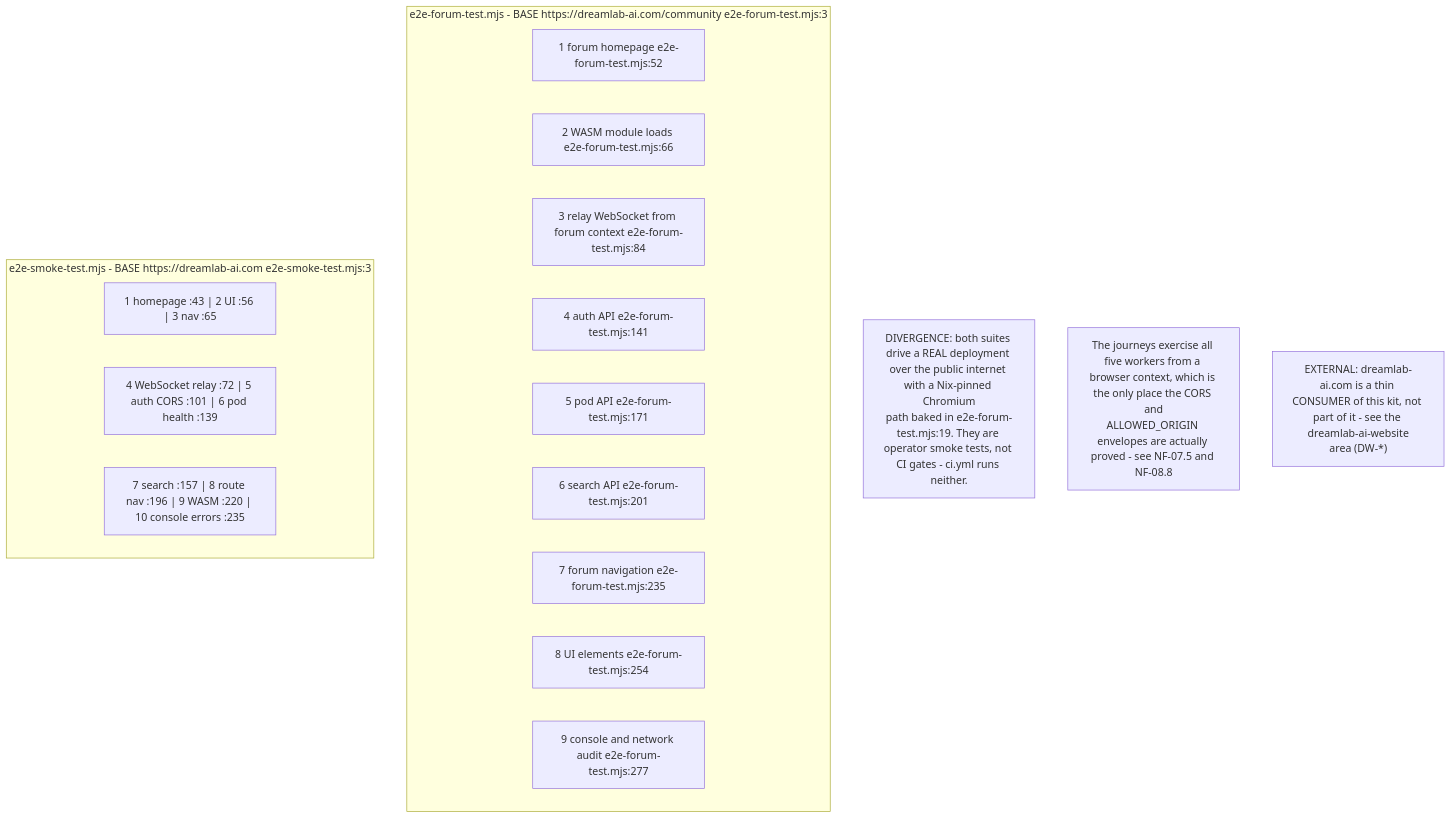
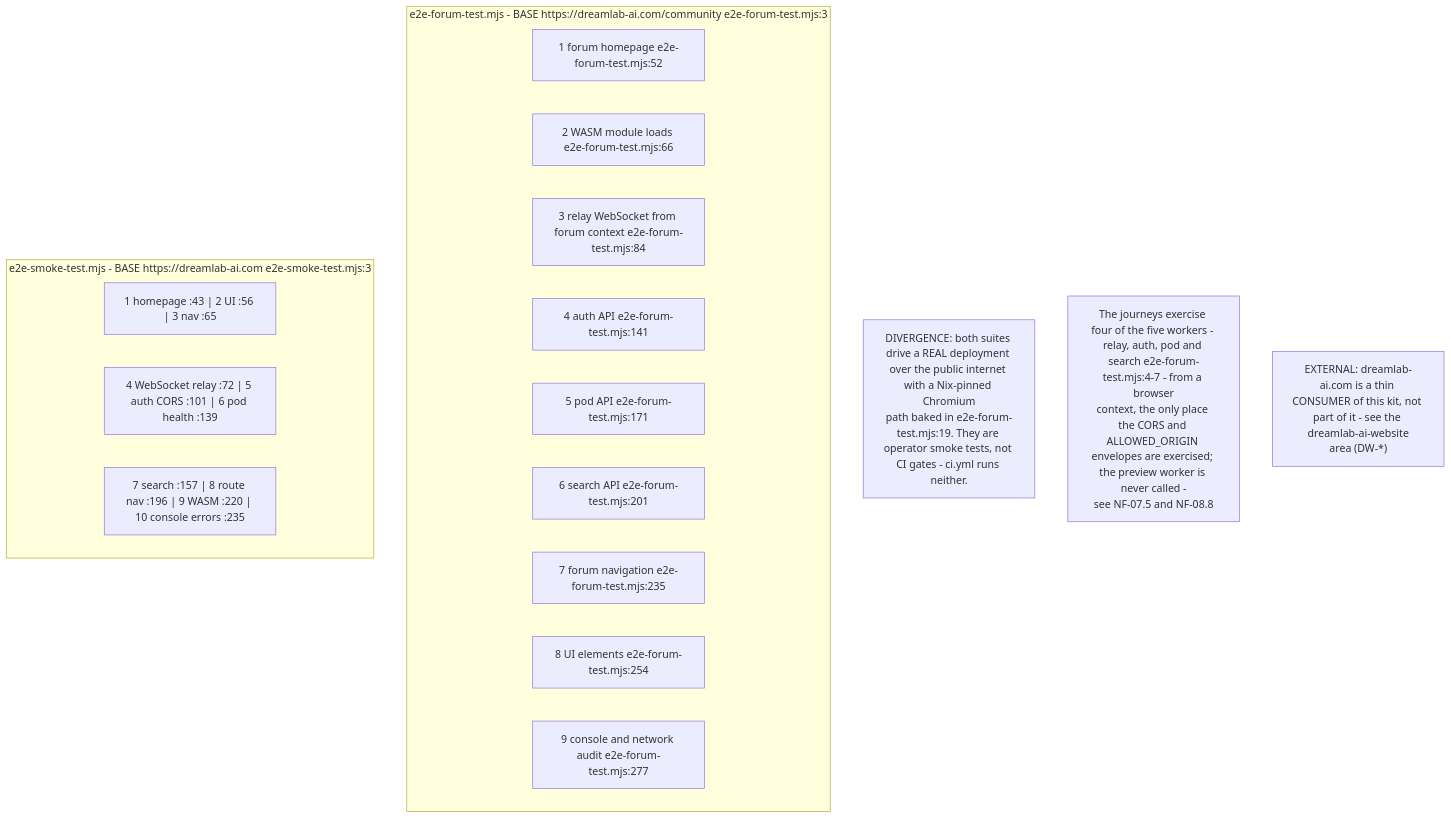
The sixth of 9 diagrams in docs/diagrams/nostr-rust-forum/09-ci-deploy-canary-and-validation.md (DreamLab-AI/VisionFlow), drawn with Mermaid before and after one commit. The commit also changed other lines of this file and 91 other files, not shown here.

````diff
--- a/docs/diagrams/nostr-rust-forum/09-ci-deploy-canary-and-validation.md
+++ b/docs/diagrams/nostr-rust-forum/09-ci-deploy-canary-and-validation.md
@@ -178,23 +188,23 @@
 ```mermaid
 flowchart TB
     subgraph forum["e2e-forum-test.mjs - BASE https://dreamlab-ai.com/community e2e-forum-test.mjs:3"]
         F1["1 forum homepage e2e-forum-test.mjs:52"]
         F2["2 WASM module loads e2e-forum-test.mjs:66"]
         F3["3 relay WebSocket from forum context e2e-forum-test.mjs:84"]
         F4["4 auth API e2e-forum-test.mjs:141"]
         F5["5 pod API e2e-forum-test.mjs:171"]
         F6["6 search API e2e-forum-test.mjs:201"]
         F7["7 forum navigation e2e-forum-test.mjs:235"]
         F8["8 UI elements e2e-forum-test.mjs:254"]
         F9["9 console and network audit e2e-forum-test.mjs:277"]
     end
     subgraph smoke["e2e-smoke-test.mjs - BASE https://dreamlab-ai.com e2e-smoke-test.mjs:3"]
         S1["1 homepage :43 | 2 UI :56 | 3 nav :65"]
         S2["4 WebSocket relay :72 | 5 auth CORS :101 | 6 pod health :139"]
         S3["7 search :157 | 8 route nav :196 | 9 WASM :220 | 10 console errors :235"]
     end
 
     N1["DIVERGENCE: both suites drive a REAL deployment over the public internet with a Nix-pinned Chromium<br/>path baked in e2e-forum-test.mjs:19. They are operator smoke tests, not CI gates - ci.yml runs neither."]
-    N2["The journeys exercise all five workers from a browser context, which is the only place the CORS and<br/>ALLOWED_ORIGIN envelopes are actually proved - see NF-07.5 and NF-08.8"]
+    N2["The journeys exercise four of the five workers - relay, auth, pod and search e2e-forum-test.mjs:4-7 - from a browser<br/>context, the only place the CORS and ALLOWED_ORIGIN envelopes are exercised; the preview worker is never called -<br/>see NF-07.5 and NF-08.8"]
     N3["EXTERNAL: dreamlab-ai.com is a thin CONSUMER of this kit, not part of it - see the dreamlab-ai-website<br/>area (DW-*)"]
 ```
````
